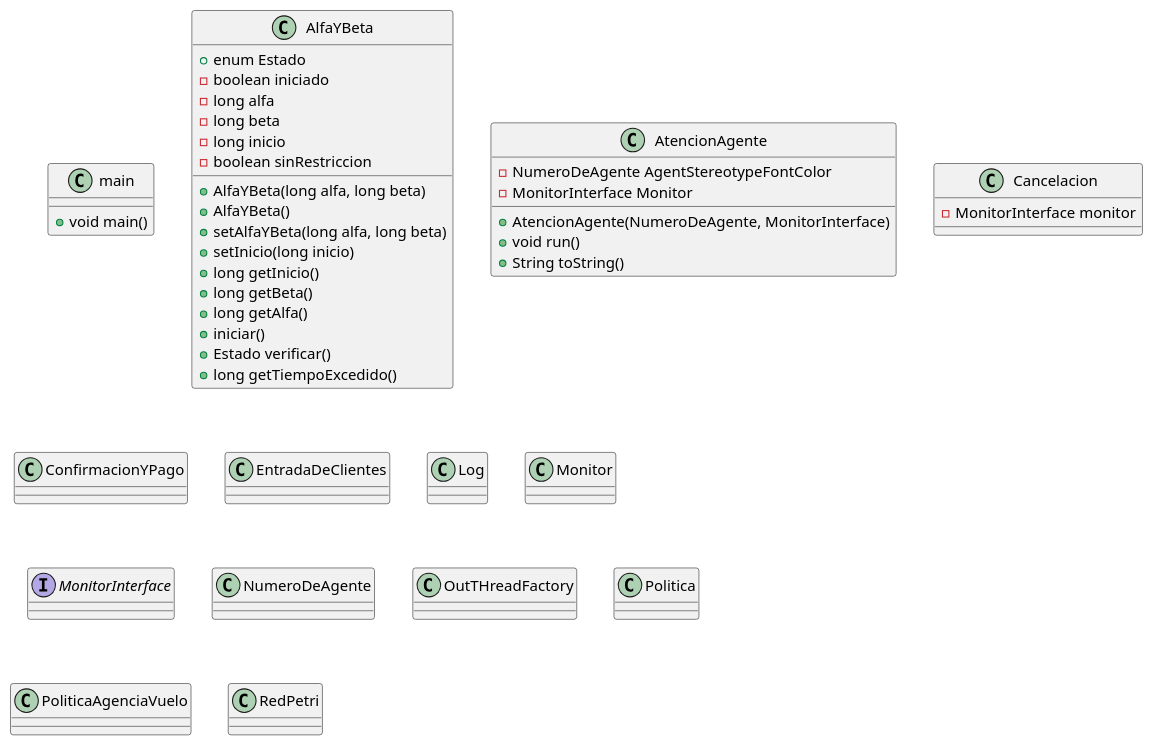
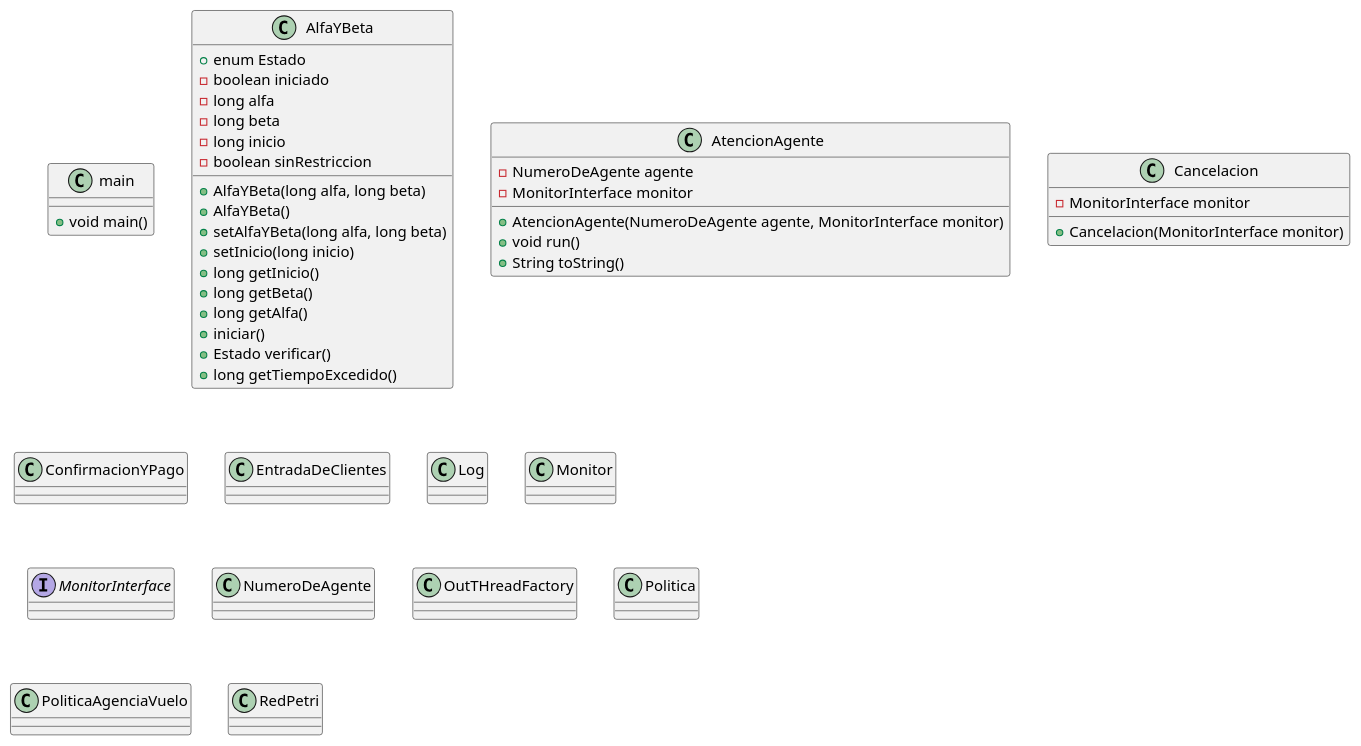
One commit to JosiasTomasnanez/flightAgencyAttendanceMonitor changed the diagram in doc/diagrama_class.puml. Above: the diagram before and after it, drawn with PlantUML.

Commit message:
Correccion Clase Atencion Agente

```diff
--- a/doc/diagrama_class.puml
+++ b/doc/diagrama_class.puml
@@ -1,58 +1,59 @@
 @startuml clases
 
 class main{
     + void main()
 }
 
 class AlfaYBeta{
     + enum Estado
     - boolean iniciado
     - long alfa
     - long beta
     - long inicio
     - boolean sinRestriccion
     + AlfaYBeta(long alfa, long beta)
     + AlfaYBeta()
     + setAlfaYBeta(long alfa, long beta)
     + setInicio(long inicio)
     + long getInicio()
     + long getBeta()
     + long getAlfa()
     + iniciar()
     + Estado verificar()
     + long getTiempoExcedido()
 }
 
 class AtencionAgente{
-    - NumeroDeAgente AgentStereotypeFontColor
-    - MonitorInterface Monitor
-    + AtencionAgente(NumeroDeAgente, MonitorInterface)
+    - NumeroDeAgente agente
+    - MonitorInterface monitor
+    + AtencionAgente(NumeroDeAgente agente, MonitorInterface monitor)
     + void run()
     + String toString()
 }
 
 class Cancelacion{
     - MonitorInterface monitor
+    + Cancelacion(MonitorInterface monitor)
 }
 
 class ConfirmacionYPago{}
 
 class EntradaDeClientes{}
 
 class Log{}
 
 class Monitor{}
 
 interface MonitorInterface{}
 
 class NumeroDeAgente{}
 
 class OutTHreadFactory{}
 
 class Politica{}
 
 class PoliticaAgenciaVuelo{}
 
 class RedPetri{}
 
 @enduml
```
